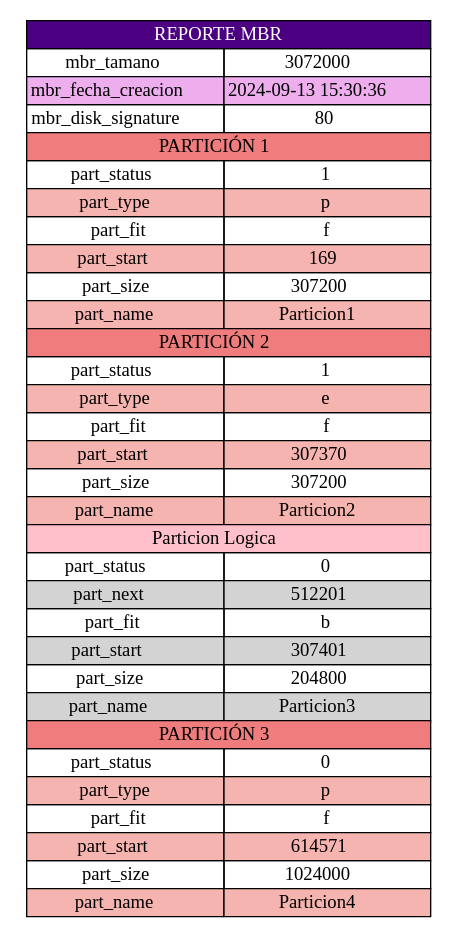
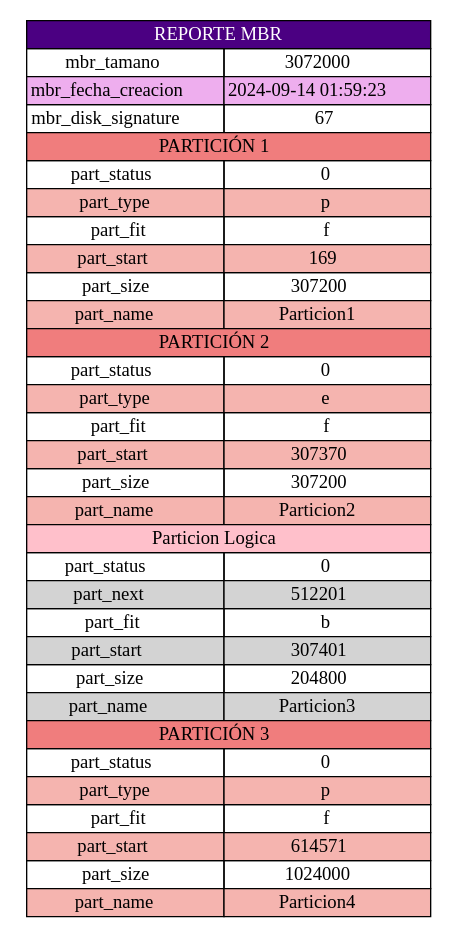
One commit to Josue013/MIA_2S_P1_202202481 changed the diagram in output/reporteMBR.pdf.dot. Above: the diagram before and after it, drawn with Graphviz. The commit also changed 15 other files, not shown here.

```diff
--- a/output/reporteMBR.pdf.dot
+++ b/output/reporteMBR.pdf.dot
@@ -1,40 +1,40 @@
 digraph G {
 			node [shape=plaintext]
 			tabla [label=<
 					<table border="0" cellborder="1" cellspacing="0">
 							<tr><td colspan="2" bgcolor="indigo"><font color="white">REPORTE MBR</font></td></tr>
 							<tr><td>mbr_tamano</td><td>3072000</td></tr>
-							<tr><td bgcolor="plum2">mbr_fecha_creacion</td><td bgcolor="plum2">2024-09-13 15:30:36</td></tr>
-							<tr><td>mbr_disk_signature</td><td>80</td></tr>
+							<tr><td bgcolor="plum2">mbr_fecha_creacion</td><td bgcolor="plum2">2024-09-14 01:59:23</td></tr>
+							<tr><td>mbr_disk_signature</td><td>67</td></tr>
 	
 					<tr><td colspan="2" bgcolor="#f07d7d"> PARTICIÓN 1 </td></tr>
-					<tr><td>part_status</td><td>1</td></tr>
+					<tr><td>part_status</td><td>0</td></tr>
 					<tr><td bgcolor="#f5b4af">part_type</td><td bgcolor="#f5b4af">p</td></tr>
 					<tr><td>part_fit</td><td>f</td></tr>
 					<tr><td bgcolor="#f5b4af">part_start</td><td bgcolor="#f5b4af">169</td></tr>
 					<tr><td>part_size</td><td>307200</td></tr>
 					<tr><td bgcolor="#f5b4af">part_name</td><td bgcolor="#f5b4af">Particion1</td></tr>
 			
 					<tr><td colspan="2" bgcolor="#f07d7d"> PARTICIÓN 2 </td></tr>
-					<tr><td>part_status</td><td>1</td></tr>
+					<tr><td>part_status</td><td>0</td></tr>
 					<tr><td bgcolor="#f5b4af">part_type</td><td bgcolor="#f5b4af">e</td></tr>
 					<tr><td>part_fit</td><td>f</td></tr>
 					<tr><td bgcolor="#f5b4af">part_start</td><td bgcolor="#f5b4af">307370</td></tr>
 					<tr><td>part_size</td><td>307200</td></tr>
 					<tr><td bgcolor="#f5b4af">part_name</td><td bgcolor="#f5b4af">Particion2</td></tr>
 						<TR><TD bgcolor="pink" COLSPAN="2">Particion Logica</TD></TR>
 			<TR><TD> part_status </TD><TD>0</TD></TR>
 			<TR><TD bgcolor="#D3D3D3"> part_next </TD><TD bgcolor="#D3D3D3">512201</TD></TR>
 			<TR><TD> part_fit </TD><TD>b</TD></TR>
 			<TR><TD bgcolor="#D3D3D3"> part_start </TD><TD bgcolor="#D3D3D3">307401</TD></TR>
 			<TR><TD> part_size </TD><TD>204800</TD></TR>
 			<TR><TD bgcolor="#D3D3D3"> part_name </TD><TD bgcolor="#D3D3D3">Particion3</TD></TR>
 
 					<tr><td colspan="2" bgcolor="#f07d7d"> PARTICIÓN 3 </td></tr>
 					<tr><td>part_status</td><td>0</td></tr>
 					<tr><td bgcolor="#f5b4af">part_type</td><td bgcolor="#f5b4af">p</td></tr>
 					<tr><td>part_fit</td><td>f</td></tr>
 					<tr><td bgcolor="#f5b4af">part_start</td><td bgcolor="#f5b4af">614571</td></tr>
 					<tr><td>part_size</td><td>1024000</td></tr>
 					<tr><td bgcolor="#f5b4af">part_name</td><td bgcolor="#f5b4af">Particion4</td></tr>
 			</table>>] }
```
